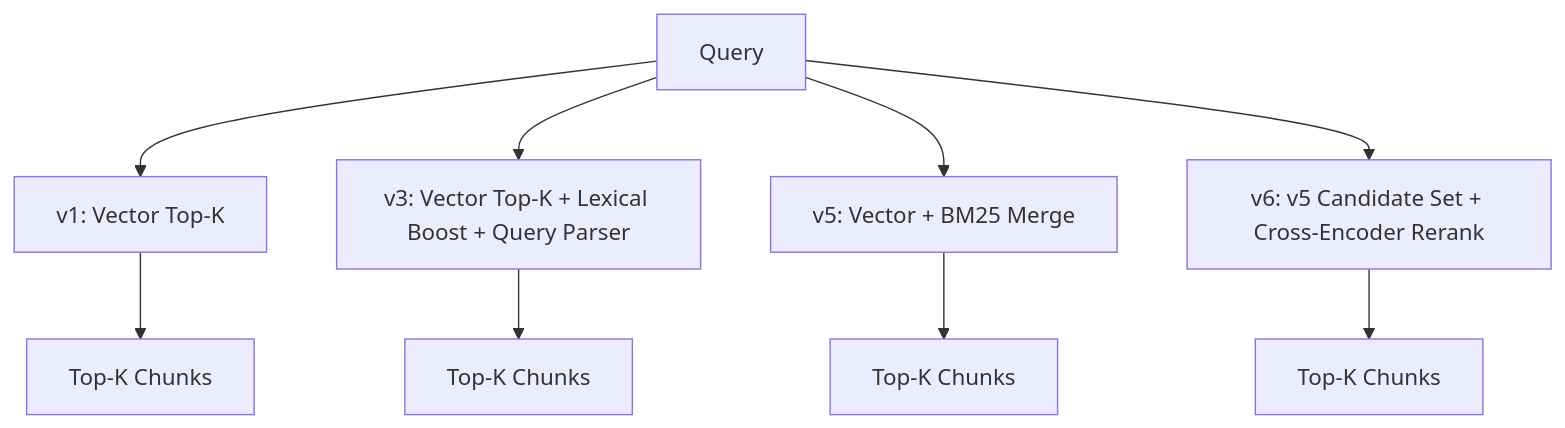
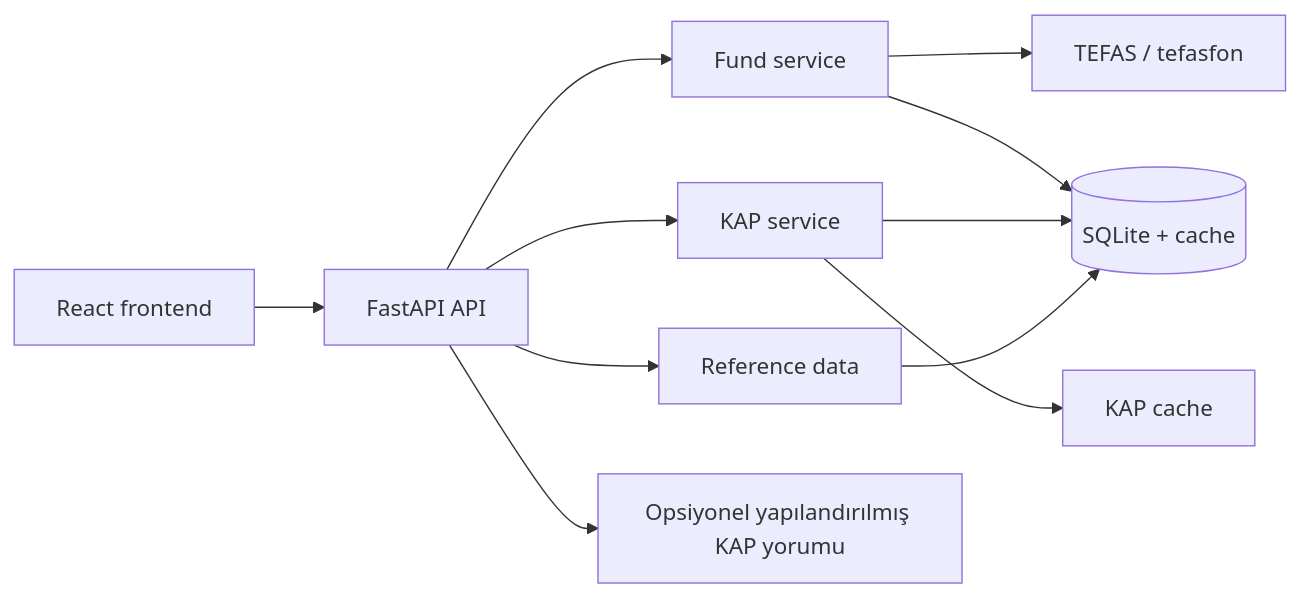
One commit to grknsytrk/fin-assistant changed the diagram in docs/diagrams/architecture.md. Above: the diagram before and after it, drawn with Mermaid. The commit also changed other lines of this file and 126 other files, not shown here.

````diff
--- a/docs/diagrams/architecture.md
+++ b/docs/diagrams/architecture.md
@@ -31,12 +3,13 @@
 ```mermaid
-flowchart TB
-    Q[Query] --> V1[v1: Vector Top-K]
-    Q --> V3[v3: Vector Top-K + Lexical Boost + Query Parser]
-    Q --> V5[v5: Vector + BM25 Merge]
-    Q --> V6[v6: v5 Candidate Set + Cross-Encoder Rerank]
-
-    V1 --> R1[Top-K Chunks]
-    V3 --> R3[Top-K Chunks]
-    V5 --> R5[Top-K Chunks]
-    V6 --> R6[Top-K Chunks]
+flowchart LR
+    B[React frontend] --> A[FastAPI API]
+    A --> F[Fund service]
+    F --> T[TEFAS / tefasfon]
+    A --> K[KAP service]
+    K --> C[KAP cache]
+    A --> R[Reference data]
+    F --> D[(SQLite + cache)]
+    K --> D
+    R --> D
+    A --> N[Opsiyonel yapılandırılmış KAP yorumu]
 ```
````
